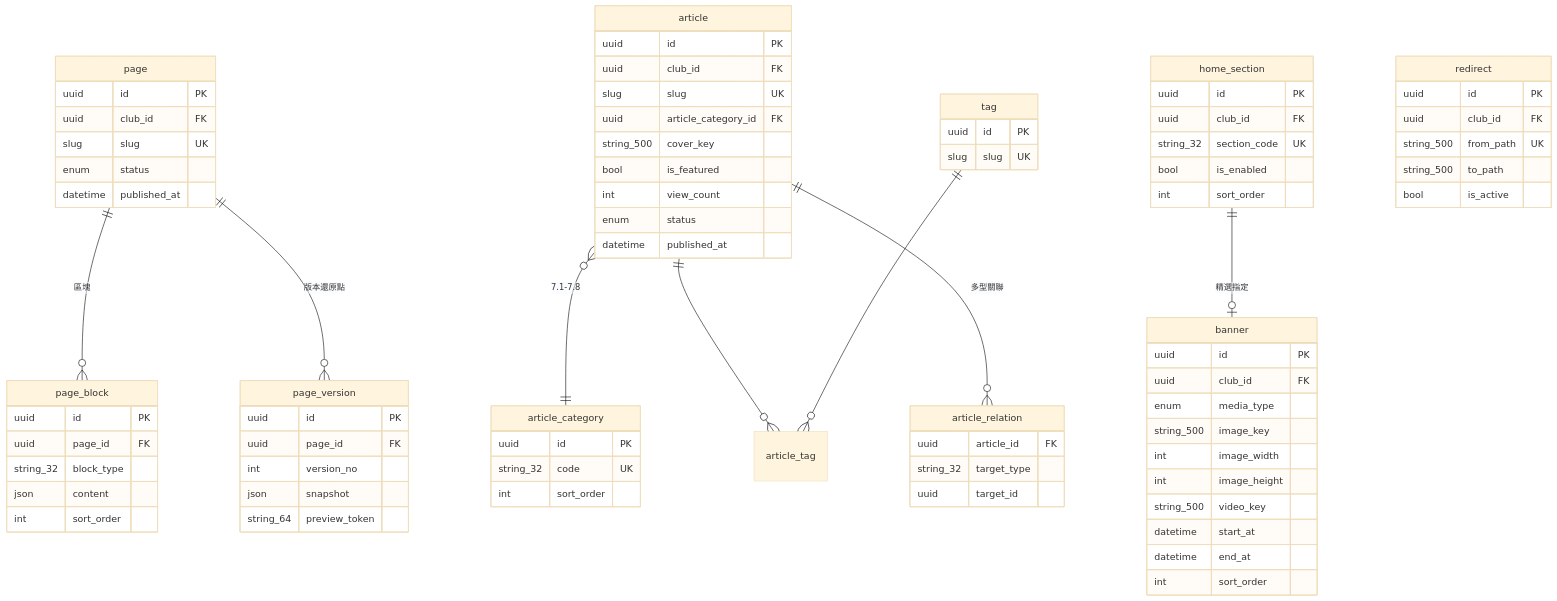
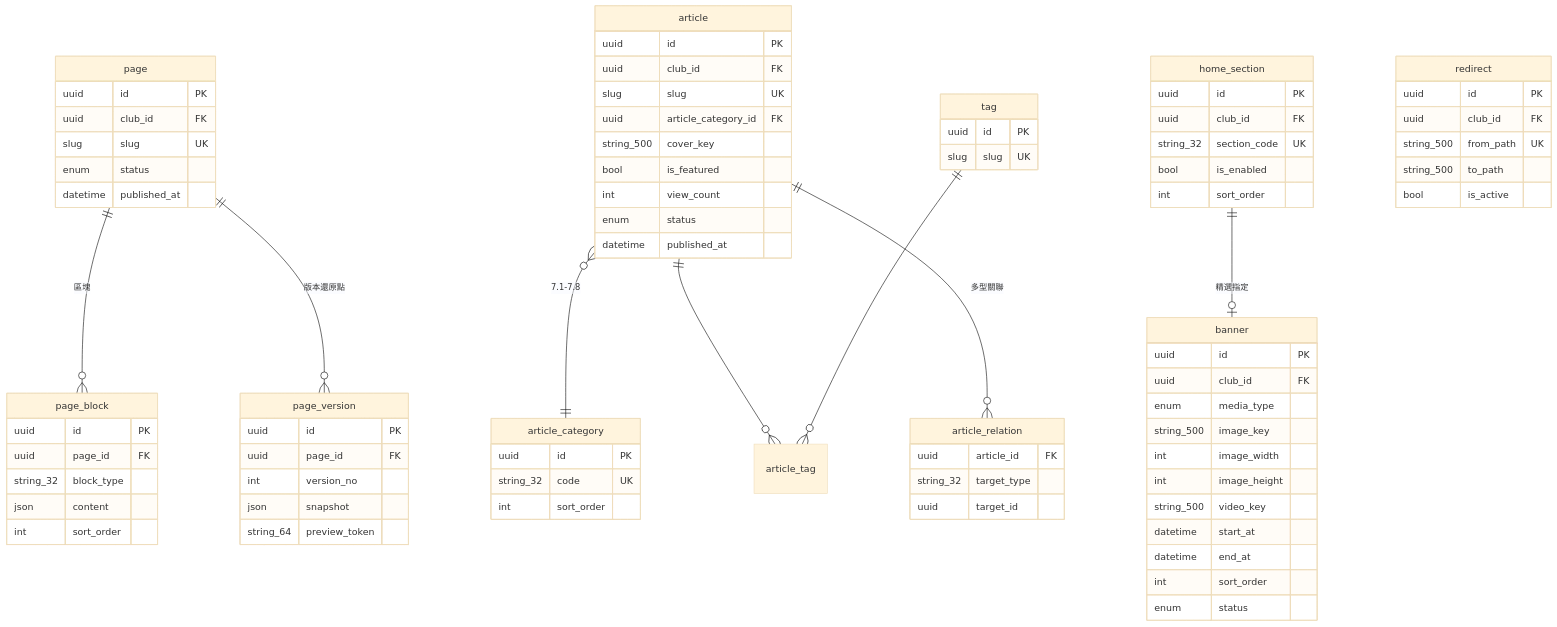
The first of 16 diagrams in docs/12a-database-erd.md (waiting0201/tcrfc), drawn with Mermaid (base theme) before and after one commit. The commit also changed 12 other files, not shown here.

```diff
--- a/docs/12a-database-erd.md
+++ b/docs/12a-database-erd.md
@@ -102,6 +102,7 @@
     datetime start_at
     datetime end_at
     int sort_order
+    enum status
   }
   home_section {
     uuid id PK
```
